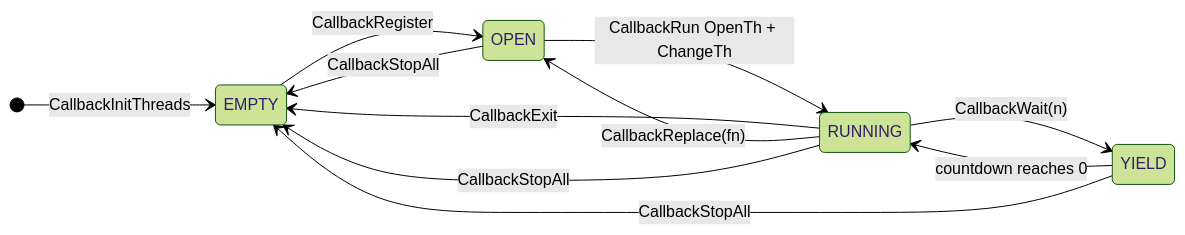
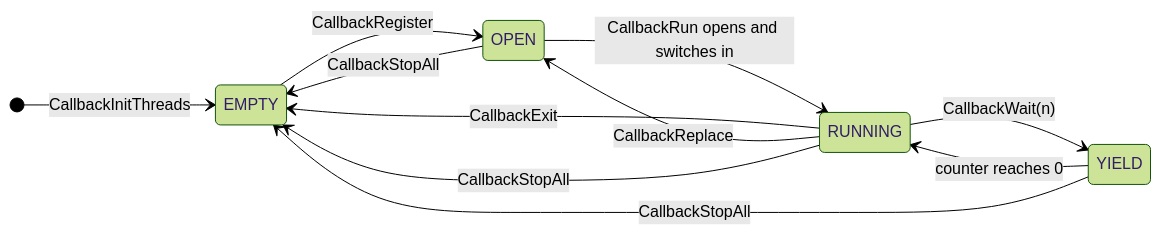
The diagram in src/game/architecture/scheduler.md (kerokline/bof3-wiki), drawn with Mermaid (forest theme) before and after one commit. The commit also changed other lines of this file, not shown here.

Commit message:
docs(wiki): explain callback slots and correct the slot 3 finding

````diff
--- a/src/game/architecture/scheduler.md
+++ b/src/game/architecture/scheduler.md
@@ -45,14 +19,14 @@
 ```mermaid
 stateDiagram-v2
     direction LR
     [*] --> EMPTY: CallbackInitThreads
     EMPTY --> OPEN: CallbackRegister
-    OPEN --> RUNNING: CallbackRun OpenTh + ChangeTh
+    OPEN --> RUNNING: CallbackRun opens and switches in
     RUNNING --> YIELD: CallbackWait(n)
-    YIELD --> RUNNING: countdown reaches 0
+    YIELD --> RUNNING: counter reaches 0
     RUNNING --> EMPTY: CallbackExit
-    RUNNING --> OPEN: CallbackReplace(fn)
+    RUNNING --> OPEN: CallbackReplace
     OPEN --> EMPTY: CallbackStopAll
     YIELD --> EMPTY: CallbackStopAll
     RUNNING --> EMPTY: CallbackStopAll
 ```
````
